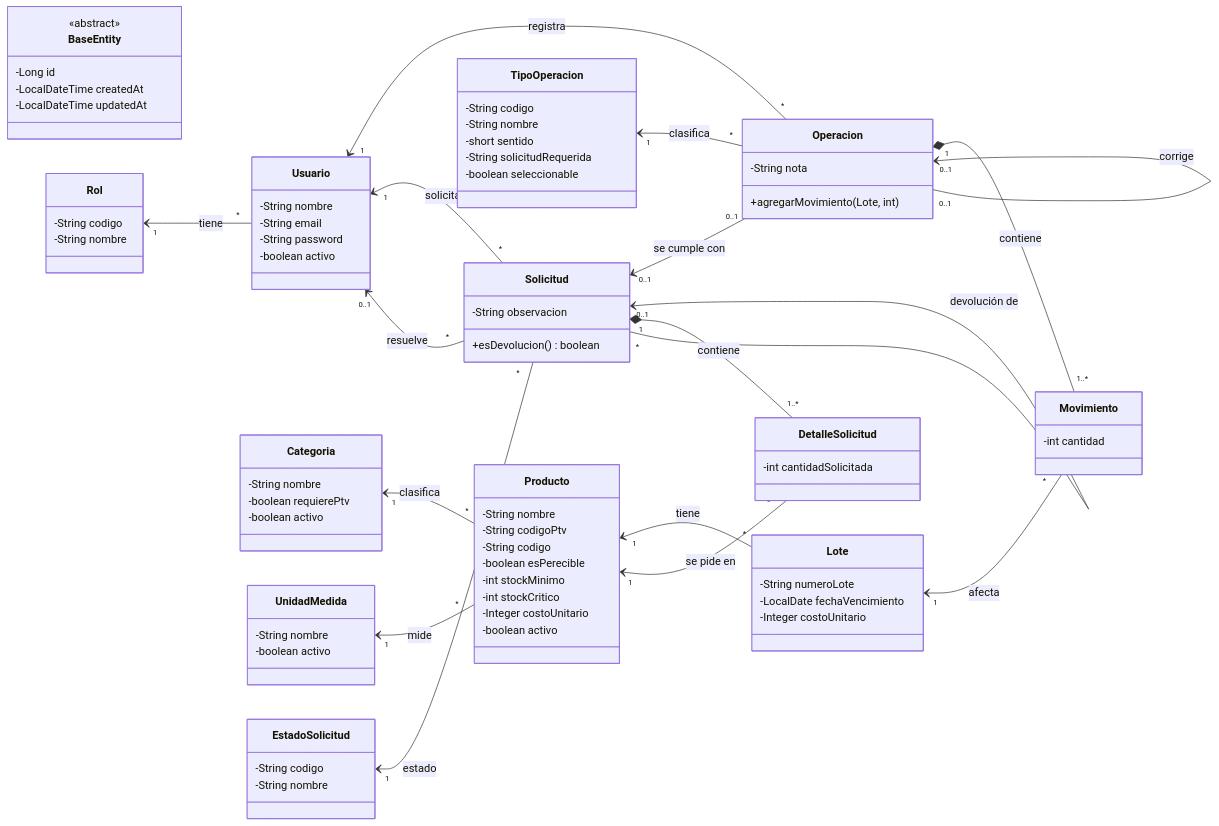
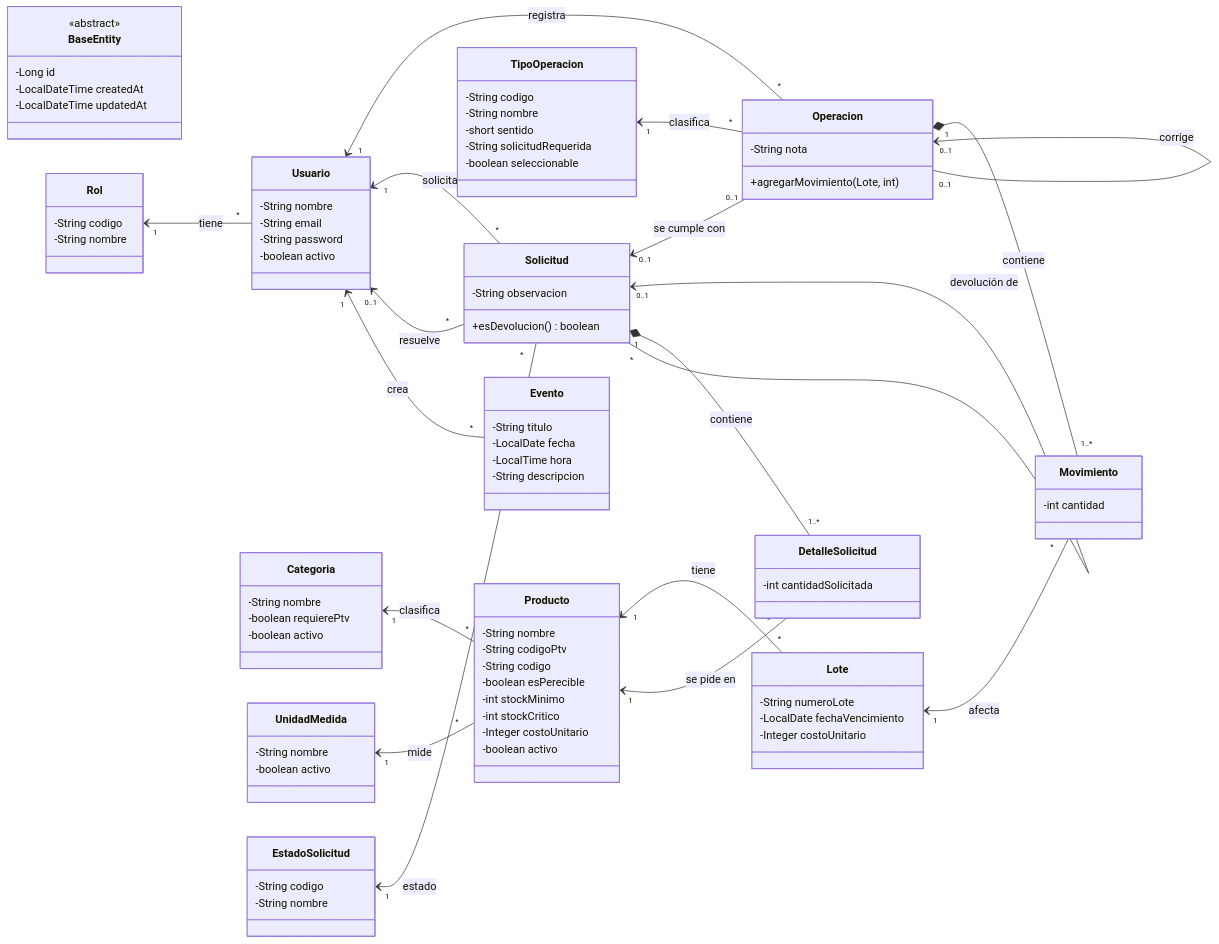
Before and after one commit to ezequielesq/SAN-BERNARDO-MALLEN-GONZALEZ-PTY4614-002D-EQUIPO-3: the second of 5 diagrams in FASE-2/EVIDENCIAS-DE-PROYECTO/08-Diagramas-UML.md, drawn with Mermaid. The commit also changed other lines of this file and 6 other files, not shown here.

Commit message:
Documenta los eventos y las entradas por Excel y regenera los diagramas

````diff
--- a/FASE-2/EVIDENCIAS-DE-PROYECTO/08-Diagramas-UML.md
+++ b/FASE-2/EVIDENCIAS-DE-PROYECTO/08-Diagramas-UML.md
@@ -139,6 +143,12 @@
     class DetalleSolicitud {
         -int cantidadSolicitada
     }
+    class Evento {
+        -String titulo
+        -LocalDate fecha
+        -LocalTime hora
+        -String descripcion
+    }
 
 
     Rol "1" <-- "*" Usuario : tiene
@@ -157,4 +167,5 @@
     Solicitud "0..1" <-- "*" Solicitud : devolución de
     Solicitud "1" *-- "1..*" DetalleSolicitud : contiene
     Producto "1" <-- "*" DetalleSolicitud : se pide en
+    Usuario "1" <-- "*" Evento : crea
 ```
````
